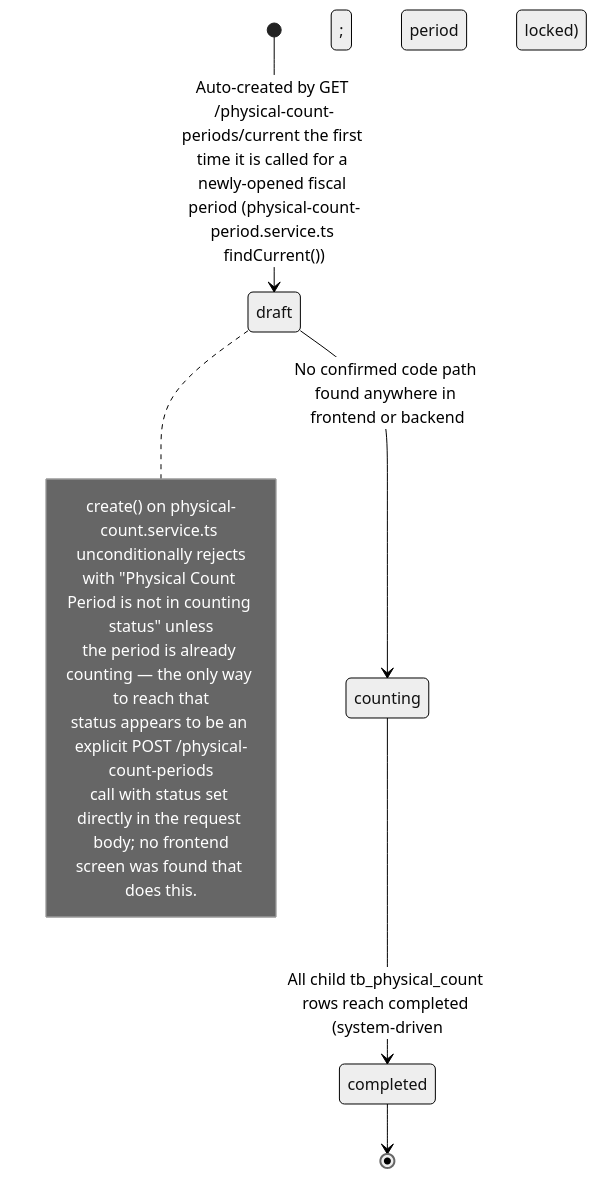
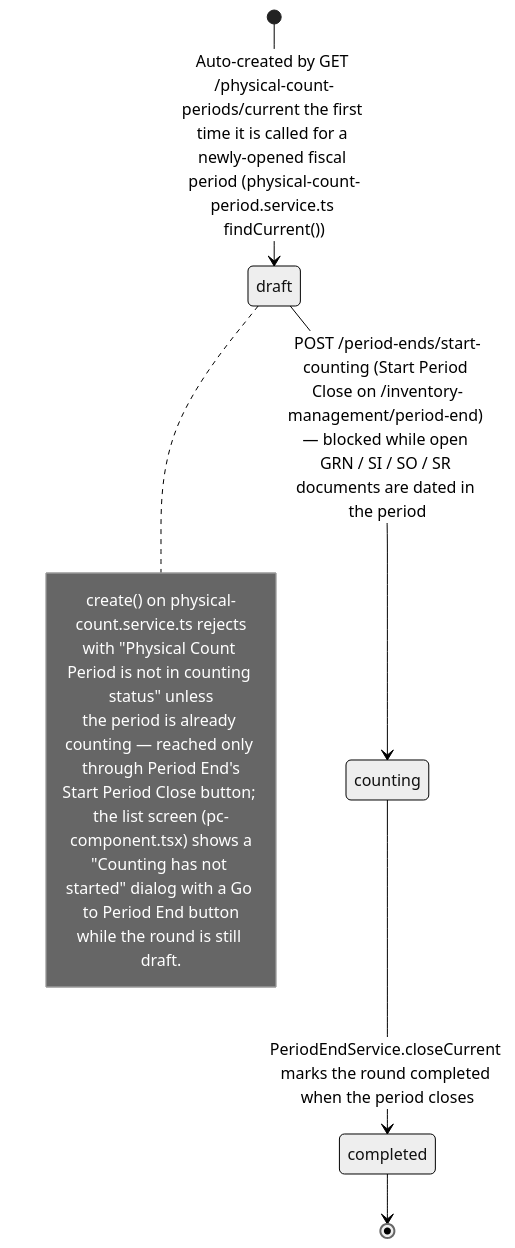
One commit to CarmenSoftware-organization/carmen-wiki changed the first of 2 diagrams in en/inventory/physical-count/03-user-flow.md. Above: the diagram before and after it, drawn with Mermaid (neutral theme). The commit also changed other lines of this file and 48 other files, not shown here.

First line of the commit message:
docs(inventory): re-sync Inventory, Inventory Adjustment, Physical Count, Spot Check to HEAD

````diff
--- a/en/inventory/physical-count/03-user-flow.md
+++ b/en/inventory/physical-count/03-user-flow.md
@@ -28,16 +28,16 @@
 ```mermaid
 stateDiagram-v2
     [*] --> draft : Auto-created by GET /physical-count-periods/current the first time it is called for a newly-opened fiscal period (physical-count-period.service.ts findCurrent())
-    draft --> counting : No confirmed code path found anywhere in frontend or backend
-    counting --> completed : All child tb_physical_count rows reach completed (system-driven; period locked)
+    draft --> counting : POST /period-ends/start-counting (Start Period Close on /inventory-management/period-end) — blocked while open GRN / SI / SO / SR documents are dated in the period
+    counting --> completed : PeriodEndService.closeCurrent marks the round completed when the period closes
     completed --> [*]
 
     note right of draft
-        create() on physical-count.service.ts unconditionally rejects
+        create() on physical-count.service.ts rejects
         with "Physical Count Period is not in counting status" unless
-        the period is already counting — the only way to reach that
-        status appears to be an explicit POST /physical-count-periods
-        call with status set directly in the request body; no frontend
-        screen was found that does this.
+        the period is already counting — reached only through Period End's
+        Start Period Close button; the list screen (pc-component.tsx) shows a
+        "Counting has not started" dialog with a Go to Period End button
+        while the round is still draft.
     end note
 ```
````
